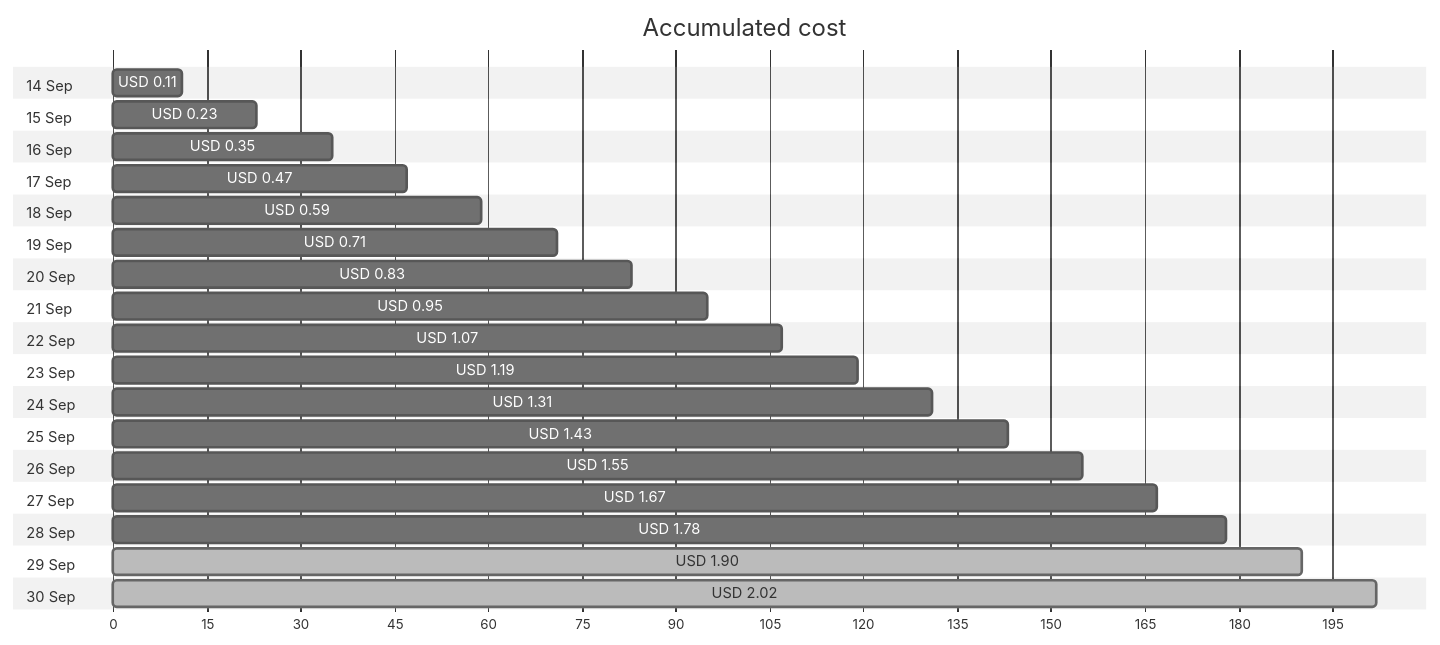
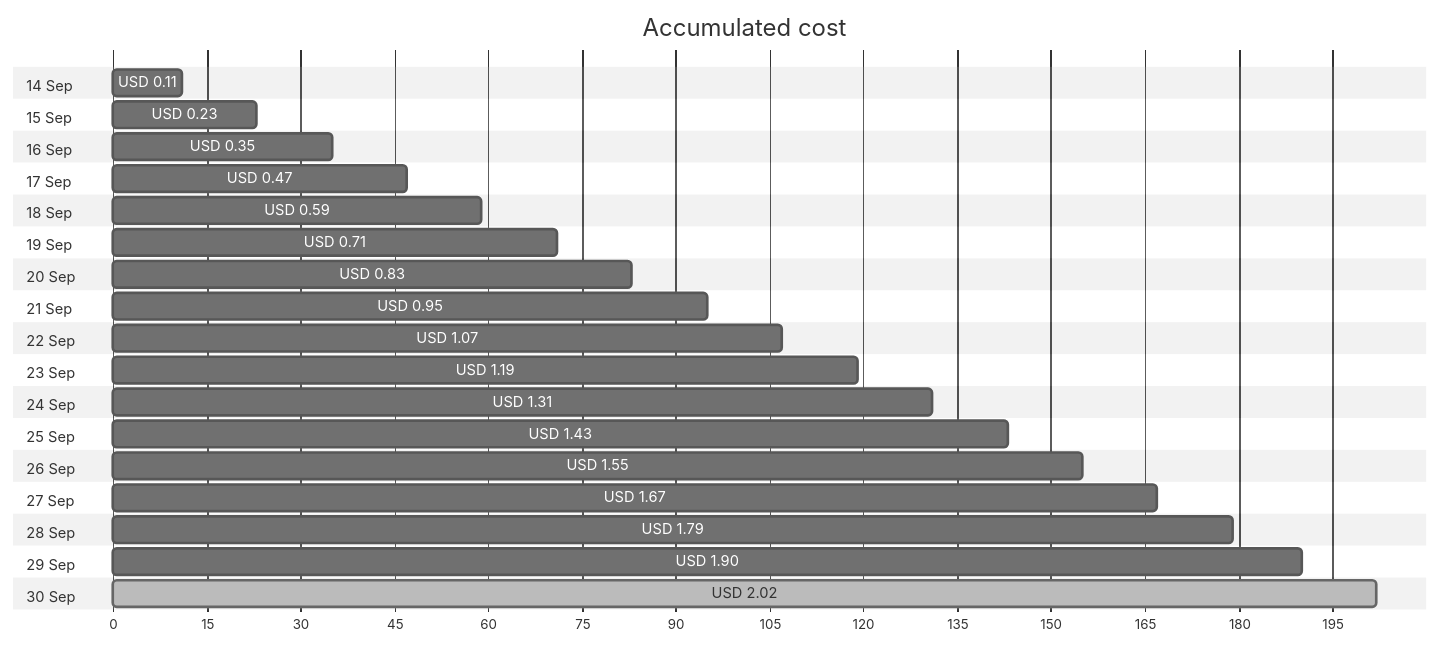
The first of 4 diagrams in cost-reports/personal-network/backup-server-public-ip.md (jpfulton/azure-personal-reports), drawn with Mermaid (neutral theme) before and after one commit. The commit also changed other lines of this file and 9 other files, not shown here.

````diff
--- a/cost-reports/personal-network/backup-server-public-ip.md
+++ b/cost-reports/personal-network/backup-server-public-ip.md
@@ -20,40 +20,40 @@
 ```mermaid
 gantt
    title Accumulated cost
    dateFormat  X
    axisFormat %s
    section 14 Sep
    USD 0.11 :0, 11
    section 15 Sep
    USD 0.23 :0, 23
    section 16 Sep
    USD 0.35 :0, 35
    section 17 Sep
    USD 0.47 :0, 47
    section 18 Sep
    USD 0.59 :0, 59
    section 19 Sep
    USD 0.71 :0, 71
    section 20 Sep
    USD 0.83 :0, 83
    section 21 Sep
    USD 0.95 :0, 95
    section 22 Sep
    USD 1.07 :0, 107
    section 23 Sep
    USD 1.19 :0, 119
    section 24 Sep
    USD 1.31 :0, 131
    section 25 Sep
    USD 1.43 :0, 143
    section 26 Sep
    USD 1.55 :0, 155
    section 27 Sep
    USD 1.67 :0, 167
    section 28 Sep
-   USD 1.78 :0, 178
+   USD 1.79 :0, 179
    section 29 Sep
-   USD 1.90 : done, 0, 190
+   USD 1.90 :0, 190
    section 30 Sep
    USD 2.02 : done, 0, 202
 ```
````
